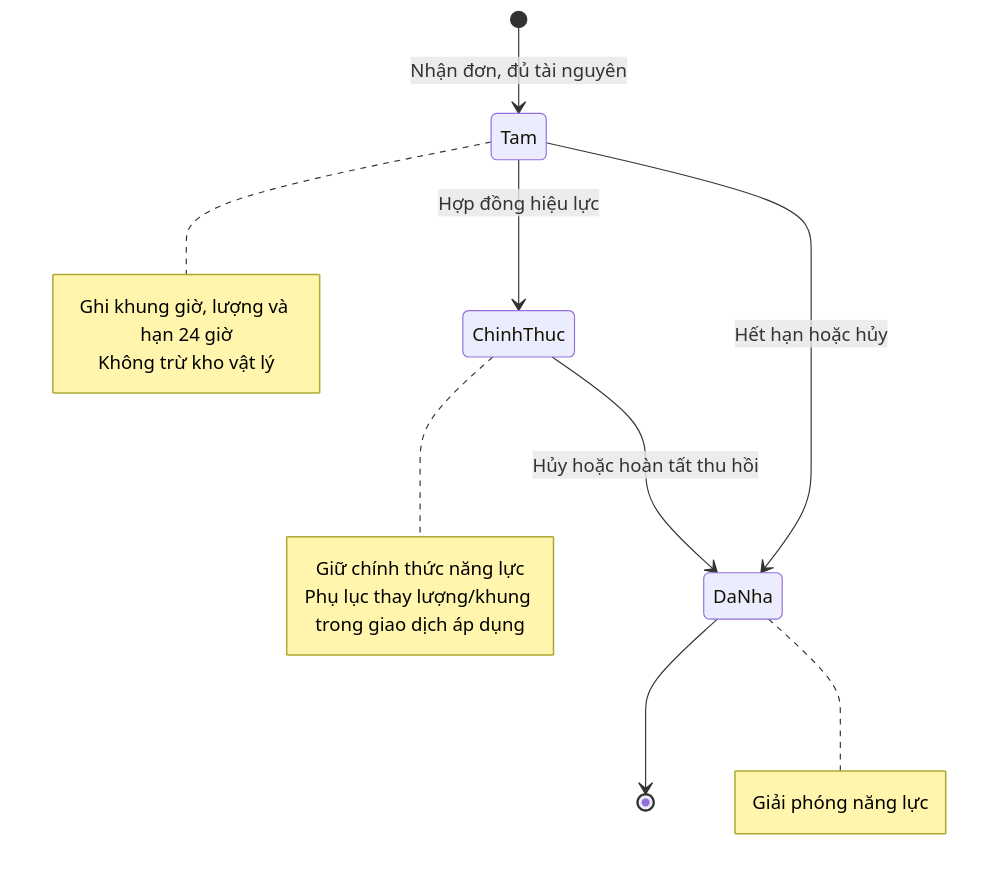
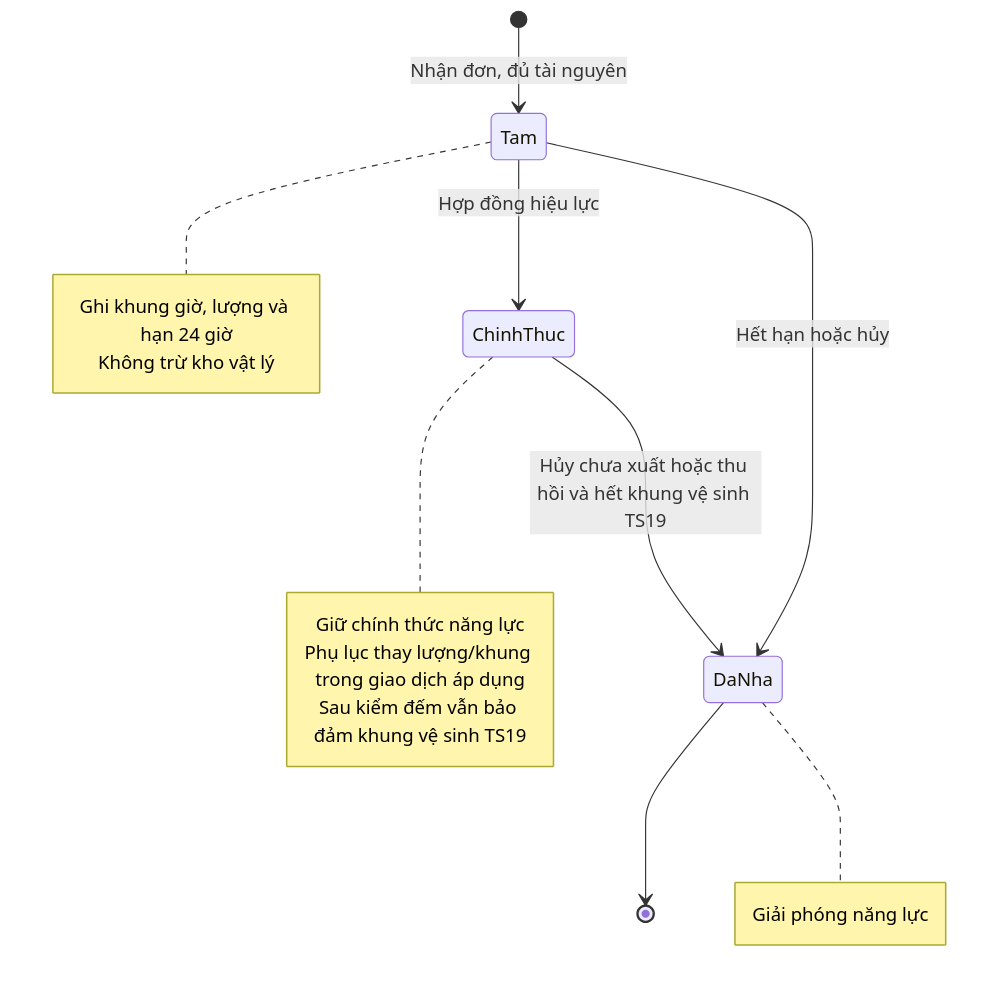
Before and after one commit to mastercookvn/mastercookvn: the first of 2 diagrams in docs/src/nghiep-vu/nguyen-lieu-va-dung-cu/trang-thai-dung-cu.md, drawn with Mermaid. The commit also changed other lines of this file and 23 other files, not shown here.

````diff
--- a/docs/src/nghiep-vu/nguyen-lieu-va-dung-cu/trang-thai-dung-cu.md
+++ b/docs/src/nghiep-vu/nguyen-lieu-va-dung-cu/trang-thai-dung-cu.md
@@ -7,20 +7,21 @@
 ```mermaid
 stateDiagram-v2
     [*] --> Tam : Nhận đơn, đủ tài nguyên
     Tam --> ChinhThuc : Hợp đồng hiệu lực
     Tam --> DaNha : Hết hạn hoặc hủy
-    ChinhThuc --> DaNha : Hủy hoặc hoàn tất thu hồi
+    ChinhThuc --> DaNha : Hủy chưa xuất hoặc thu hồi và hết khung vệ sinh TS19
     DaNha --> [*]
 
     note right of Tam
         Ghi khung giờ, lượng và hạn 24 giờ
         Không trừ kho vật lý
     end note
     note right of ChinhThuc
         Giữ chính thức năng lực
         Phụ lục thay lượng/khung trong giao dịch áp dụng
+        Sau kiểm đếm vẫn bảo đảm khung vệ sinh TS19
     end note
     note right of DaNha
         Giải phóng năng lực
     end note
 ```
````
